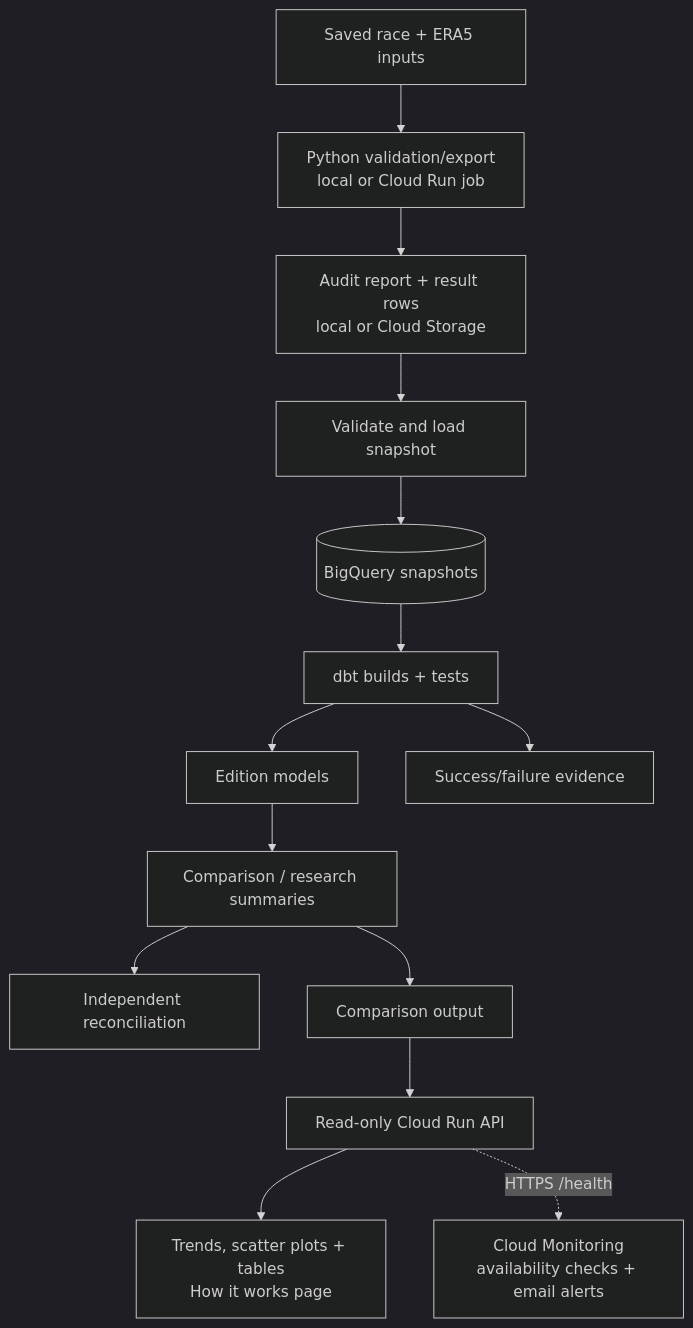
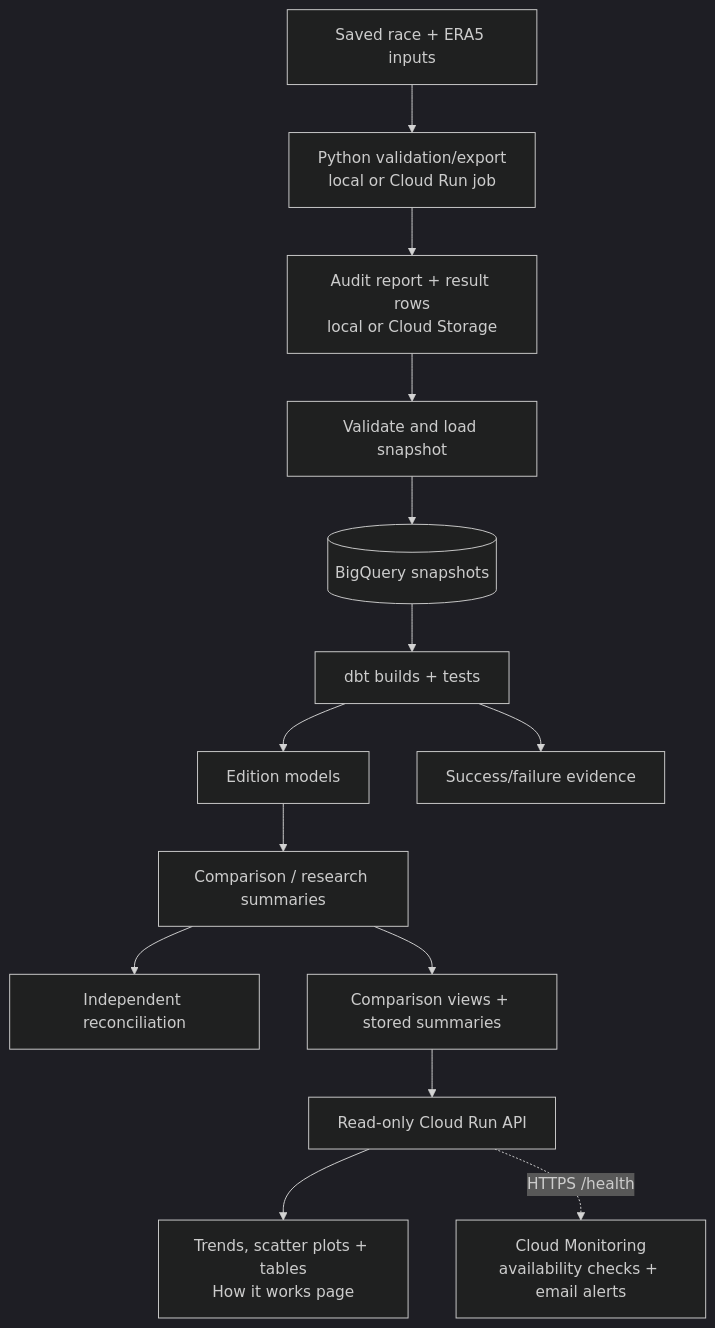
The diagram in README.md (mifuha/runwx), drawn with Mermaid (dark theme) before and after one commit. The commit also changed other lines of this file and 6 other files, not shown here.

Commit message:
Document the live Battersea stored comparison (#74)

````diff
--- a/README.md
+++ b/README.md
@@ -59,16 +59,16 @@
 ```mermaid
 flowchart TD
     inputs["Saved race + ERA5 inputs"] --> export["Python validation/export<br/>local or Cloud Run job"]
     export --> artifacts["Audit report + result rows<br/>local or Cloud Storage"]
     artifacts --> loader["Validate and load snapshot"]
     loader --> snapshots[("BigQuery snapshots")]
     snapshots --> runner["dbt builds + tests"]
     runner --> edition["Edition models"]
     edition --> comparison["Comparison / research summaries"]
     comparison --> reconciliation["Independent reconciliation"]
-    comparison --> output["Comparison output"]
+    comparison --> output["Comparison views + stored summaries"]
     output --> api["Read-only Cloud Run API"]
     api --> page["Trends, scatter plots + tables<br/>How it works page"]
     runner --> evidence["Success/failure evidence"]
     api -. "HTTPS /health" .-> monitoring["Cloud Monitoring<br/>availability checks + email alerts"]
 ```
````
